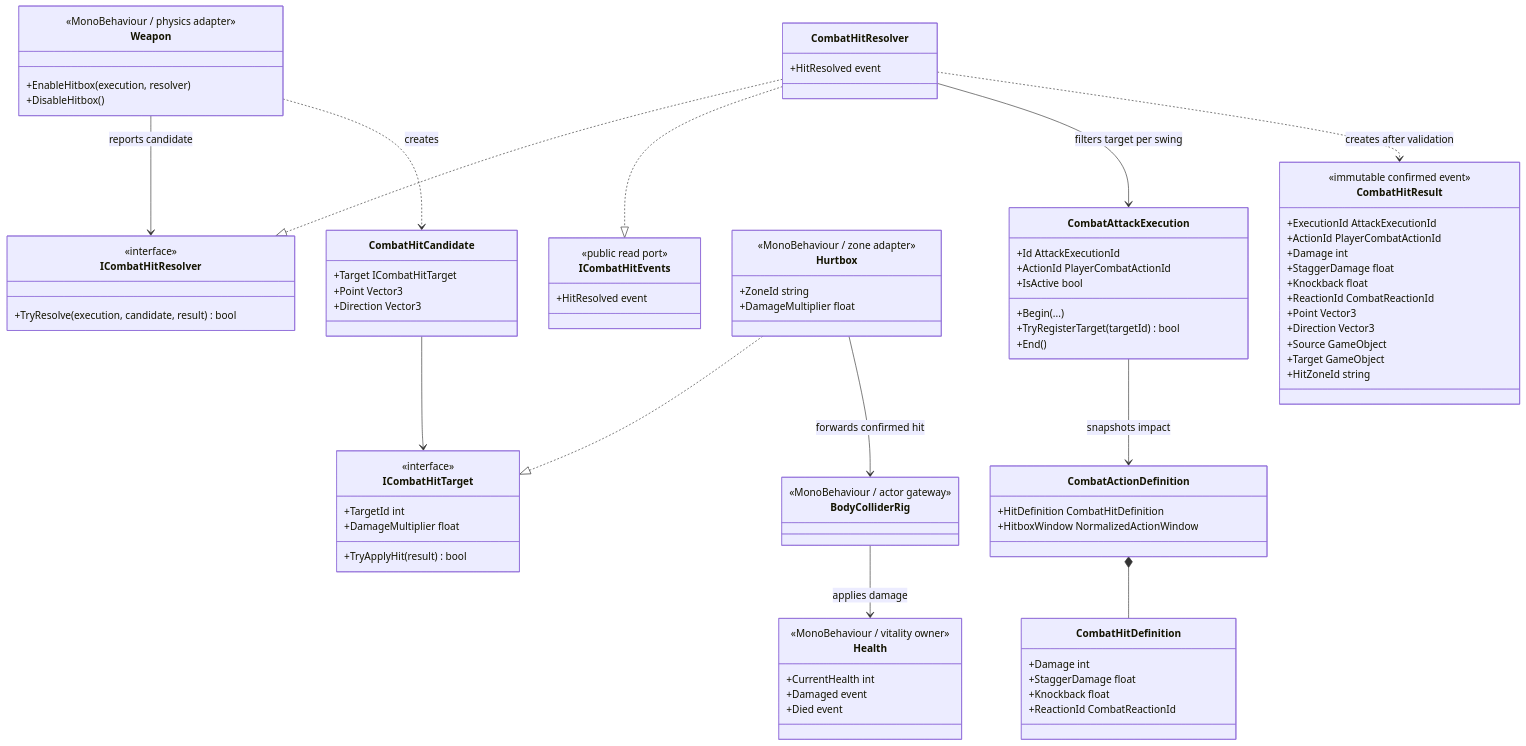
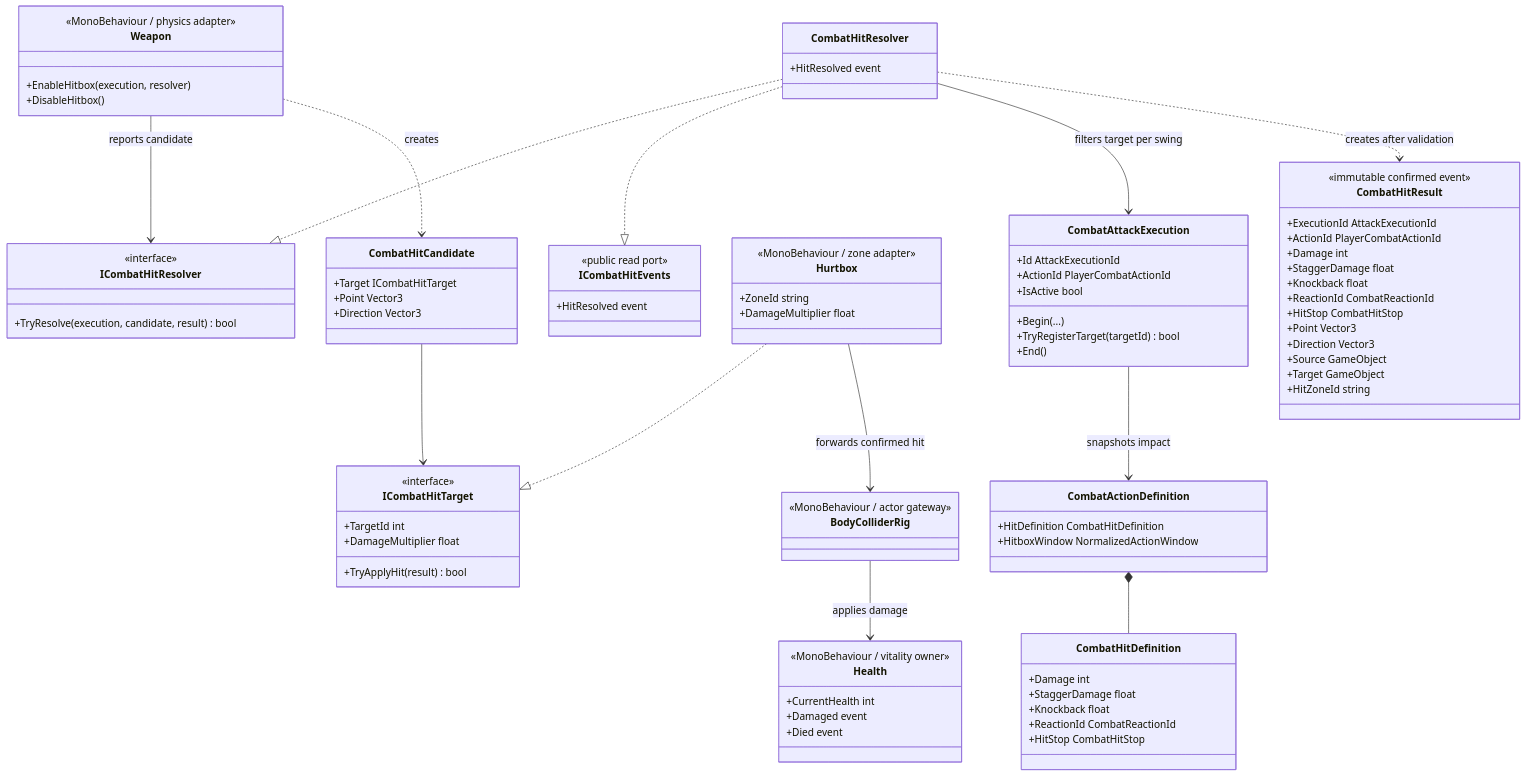
One commit to MaximFonariuc/project-s changed the first of 2 diagrams in Docs/Architecture/Combat.HitResolution.md. Above: the diagram before and after it, drawn with Mermaid. The commit also changed other lines of this file and 22 other files, not shown here.

Commit message:
feat: add centralized combat hit stop

```diff
--- a/Docs/Architecture/Combat.HitResolution.md
+++ b/Docs/Architecture/Combat.HitResolution.md
@@ -26,6 +26,7 @@
         +StaggerDamage float
         +Knockback float
         +ReactionId CombatReactionId
+        +HitStop CombatHitStop
     }
     class CombatAttackExecution {
         +Id AttackExecutionId
@@ -80,6 +81,7 @@
         +StaggerDamage float
         +Knockback float
         +ReactionId CombatReactionId
+        +HitStop CombatHitStop
         +Point Vector3
         +Direction Vector3
         +Source GameObject
```
